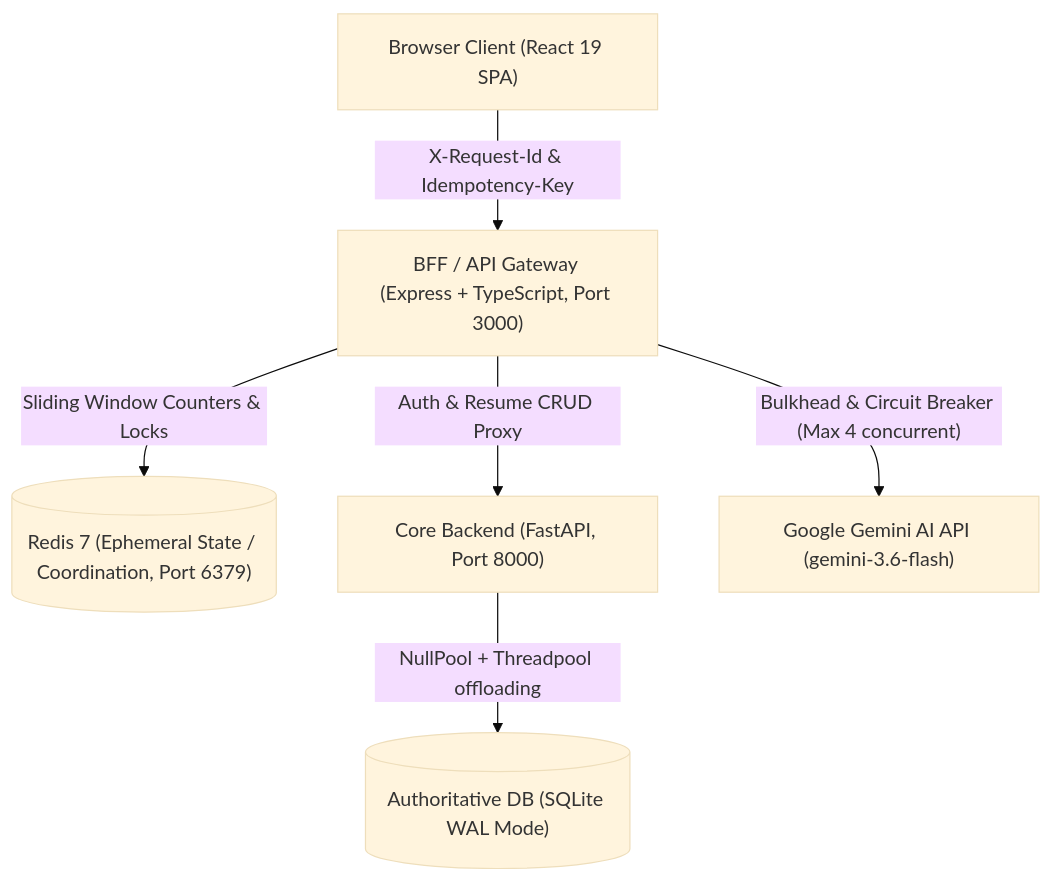
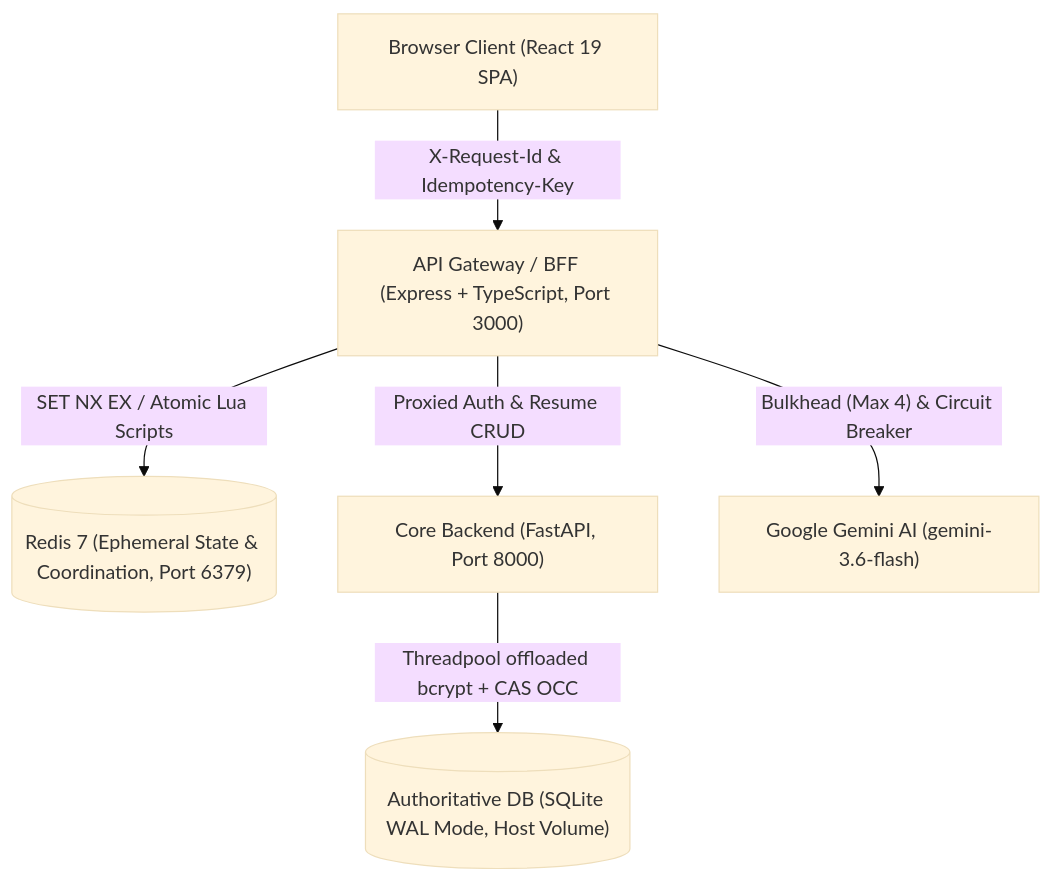
One commit to Ramakrishnan-2002/Intellresume_2026 changed the diagram in docs/system-design.md. Above: the diagram before and after it, drawn with Mermaid (base theme). The commit also changed other lines of this file and 9 other files, not shown here.

Commit message:
feat(production): finalize production correctness gate with atomic Redis primitives, online backup, and multi-tab conflict UI

````diff
--- a/docs/system-design.md
+++ b/docs/system-design.md
@@ -11,15 +11,15 @@
 ```mermaid
 graph TD
     Client["Browser Client (React 19 SPA)"]
-    BFF["BFF / API Gateway (Express + TypeScript, Port 3000)"]
-    Redis[("Redis 7 (Ephemeral State / Coordination, Port 6379)")]
+    BFF["API Gateway / BFF (Express + TypeScript, Port 3000)"]
+    Redis[("Redis 7 (Ephemeral State & Coordination, Port 6379)")]
     Backend["Core Backend (FastAPI, Port 8000)"]
-    SQLite[("Authoritative DB (SQLite WAL Mode)")]
-    Gemini["Google Gemini AI API (gemini-3.6-flash)"]
+    SQLite[("Authoritative DB (SQLite WAL Mode, Host Volume)")]
+    Gemini["Google Gemini AI (gemini-3.6-flash)"]
 
     Client -->|"X-Request-Id & Idempotency-Key"| BFF
-    BFF -->|"Sliding Window Counters & Locks"| Redis
-    BFF -->|"Bulkhead & Circuit Breaker (Max 4 concurrent)"| Gemini
-    BFF -->|"Auth & Resume CRUD Proxy"| Backend
-    Backend -->|"NullPool + Threadpool offloading"| SQLite
+    BFF -->|"SET NX EX / Atomic Lua Scripts"| Redis
+    BFF -->|"Bulkhead (Max 4) & Circuit Breaker"| Gemini
+    BFF -->|"Proxied Auth & Resume CRUD"| Backend
+    Backend -->|"Threadpool offloaded bcrypt + CAS OCC"| SQLite
 ```
````
